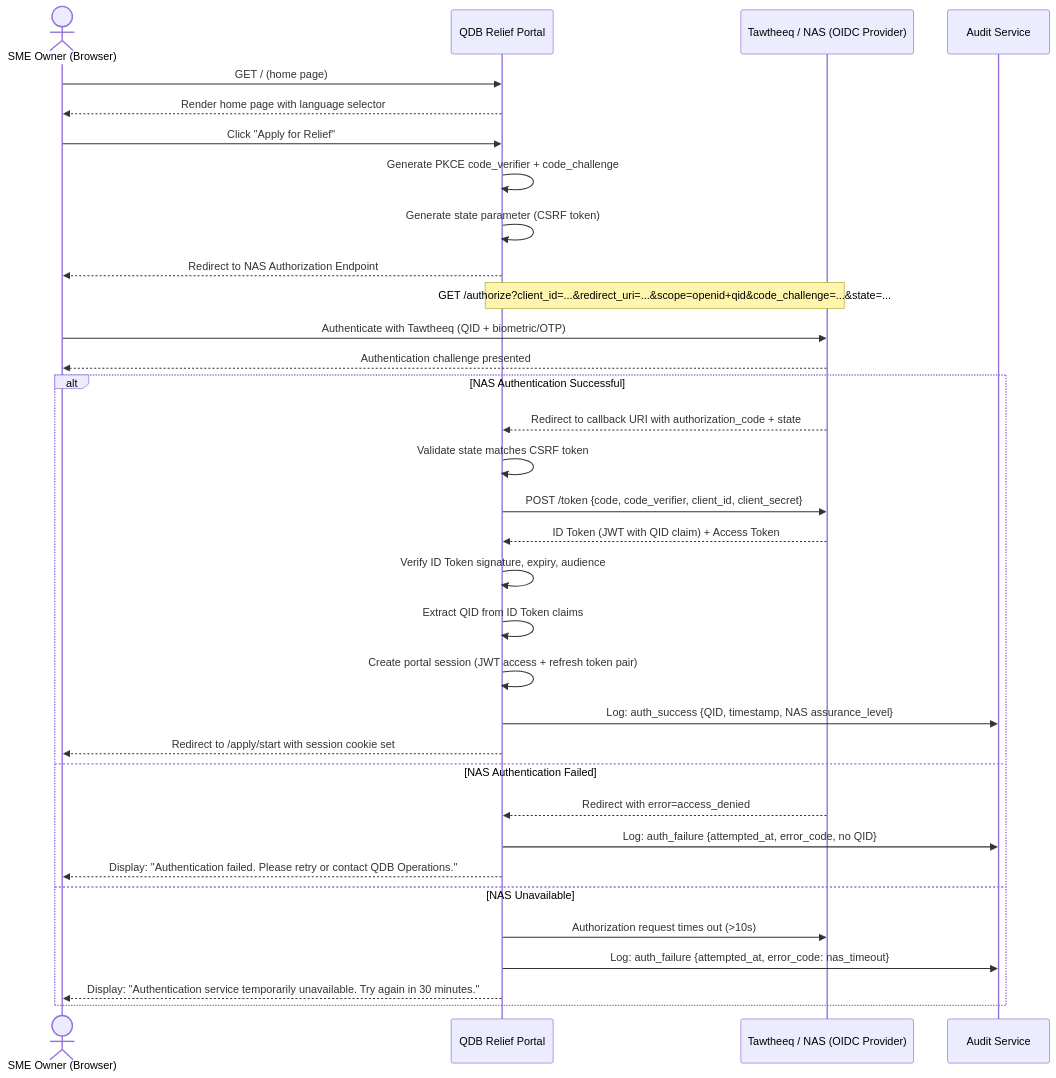
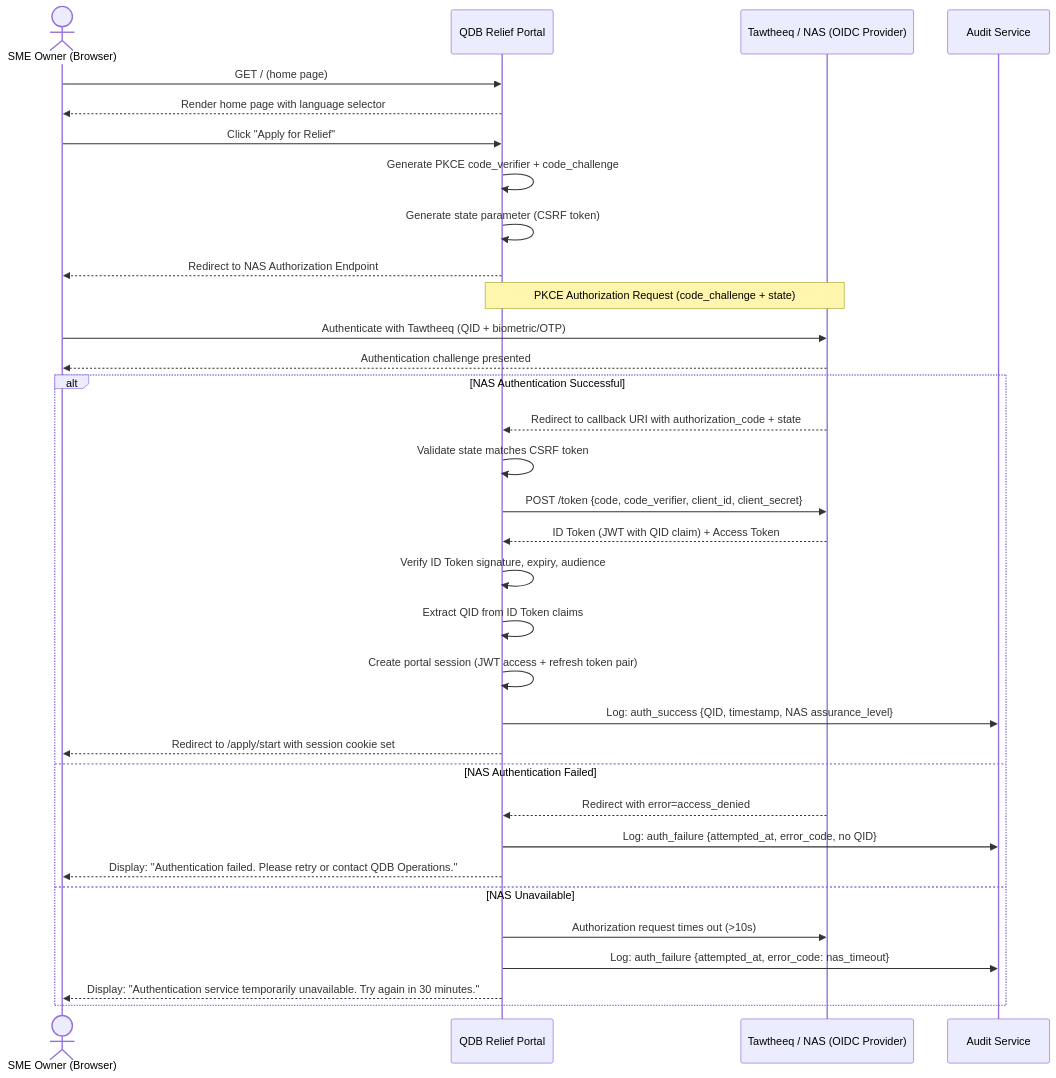
Before and after one commit to Tamoura/Claude-Code-creates-the-SW-company: the third of 7 diagrams in products/qdb-sme-relief/docs/PRD.md, drawn with Mermaid. The commit also changed other lines of this file and 1 other file, not shown here.

First line of the commit message:
fix(qdb-sme-relief): fix Mermaid diagram syntax in BA and PRD docs

````diff
--- a/products/qdb-sme-relief/docs/PRD.md
+++ b/products/qdb-sme-relief/docs/PRD.md
@@ -1060,41 +1060,41 @@
 ```mermaid
 sequenceDiagram
     actor SME as SME Owner (Browser)
     participant Portal as QDB Relief Portal
     participant NAS as Tawtheeq / NAS (OIDC Provider)
     participant AuditLog as Audit Service
 
     SME->>Portal: GET / (home page)
     Portal-->>SME: Render home page with language selector
 
     SME->>Portal: Click "Apply for Relief"
     Portal->>Portal: Generate PKCE code_verifier + code_challenge
     Portal->>Portal: Generate state parameter (CSRF token)
     Portal-->>SME: Redirect to NAS Authorization Endpoint
-    Note over Portal,NAS: GET /authorize?client_id=...&redirect_uri=...&scope=openid+qid&code_challenge=...&state=...
+    Note over Portal,NAS: PKCE Authorization Request (code_challenge + state)
 
     SME->>NAS: Authenticate with Tawtheeq (QID + biometric/OTP)
     NAS-->>SME: Authentication challenge presented
 
     alt NAS Authentication Successful
         NAS-->>Portal: Redirect to callback URI with authorization_code + state
         Portal->>Portal: Validate state matches CSRF token
         Portal->>NAS: POST /token {code, code_verifier, client_id, client_secret}
         NAS-->>Portal: ID Token (JWT with QID claim) + Access Token
         Portal->>Portal: Verify ID Token signature, expiry, audience
         Portal->>Portal: Extract QID from ID Token claims
         Portal->>Portal: Create portal session (JWT access + refresh token pair)
         Portal->>AuditLog: Log: auth_success {QID, timestamp, NAS assurance_level}
         Portal-->>SME: Redirect to /apply/start with session cookie set
 
     else NAS Authentication Failed
         NAS-->>Portal: Redirect with error=access_denied
         Portal->>AuditLog: Log: auth_failure {attempted_at, error_code, no QID}
         Portal-->>SME: Display: "Authentication failed. Please retry or contact QDB Operations."
 
     else NAS Unavailable
         Portal->>NAS: Authorization request times out (>10s)
         Portal->>AuditLog: Log: auth_failure {attempted_at, error_code: nas_timeout}
         Portal-->>SME: Display: "Authentication service temporarily unavailable. Try again in 30 minutes."
     end
 ```
````
